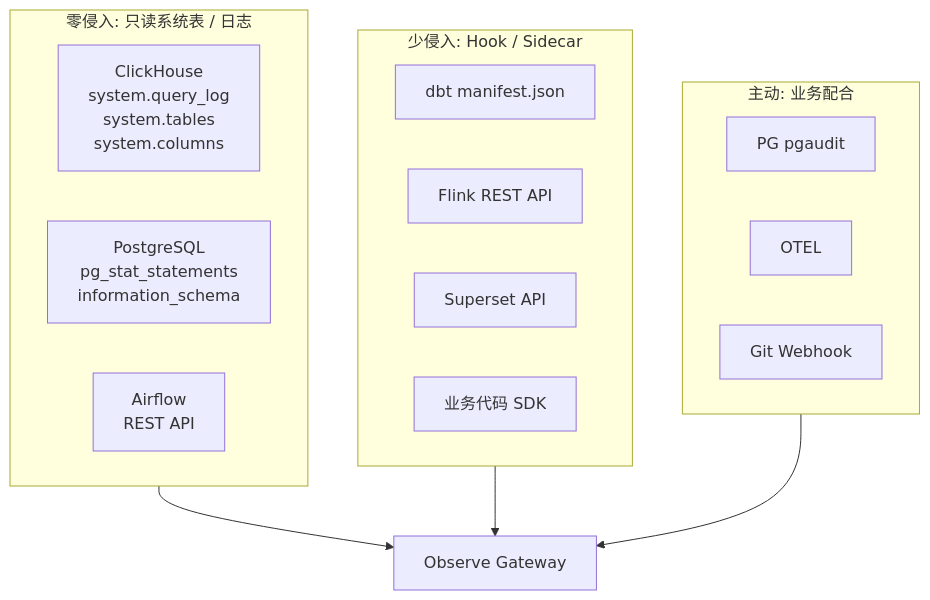
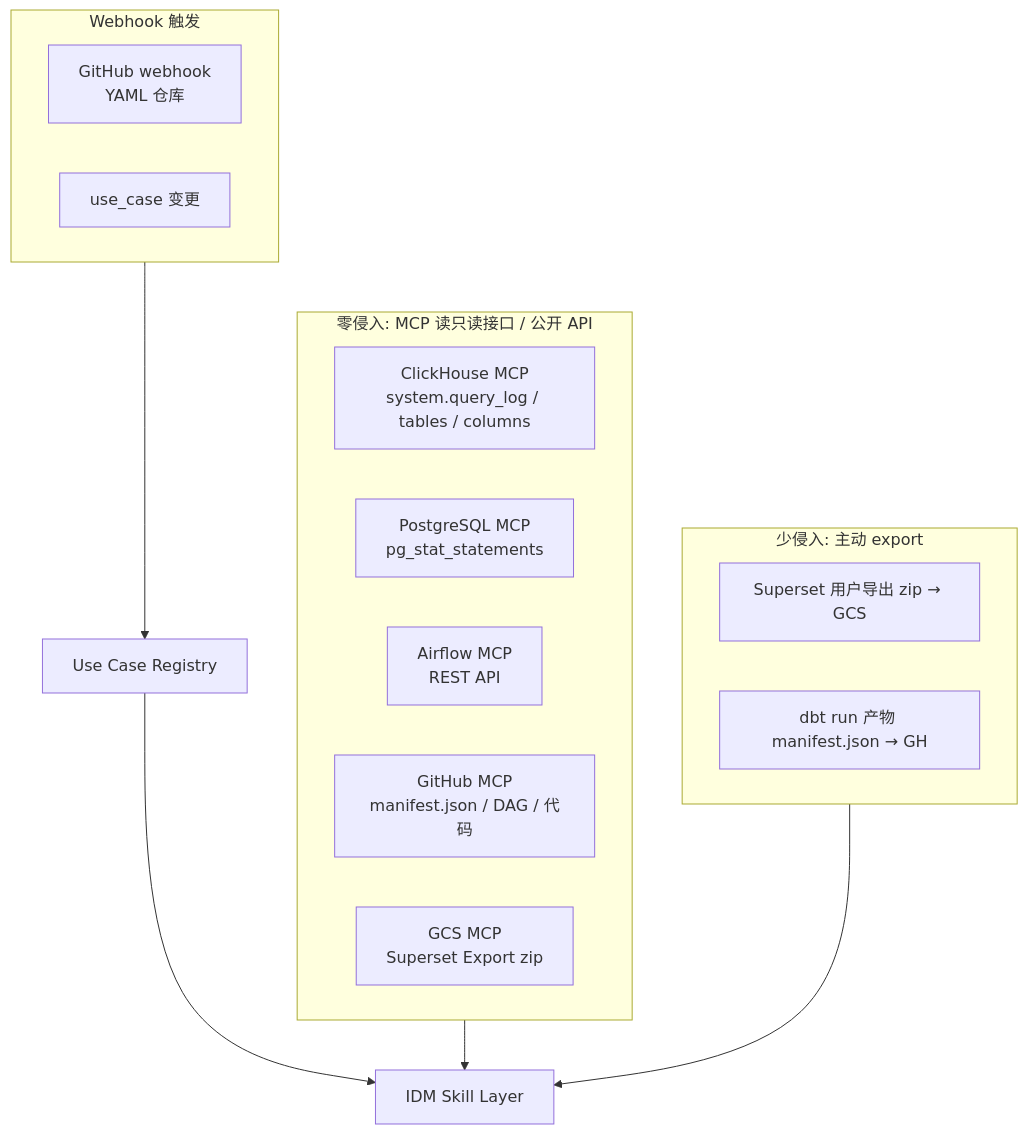
The sixth of 10 diagrams in docs/design/ai-driven-design.md (gavenlv/idm), drawn with Mermaid before and after one commit. The commit also changed other lines of this file and 92 other files, not shown here.

Commit message:
M1 S1.1: foundation scaffolding (monorepo + idm-api + idm-kg + alembic + web)

````diff
--- a/docs/design/ai-driven-design.md
+++ b/docs/design/ai-driven-design.md
@@ -222,22 +248,22 @@
 ```mermaid
 flowchart TB
-    subgraph A[零侵入: 只读系统表 / 日志]
-        A1[ClickHouse<br/>system.query_log<br/>system.tables<br/>system.columns]
-        A2[PostgreSQL<br/>pg_stat_statements<br/>information_schema]
-        A3[Airflow<br/>REST API]
+    subgraph A[零侵入: MCP 读只读接口 / 公开 API]
+        A1[ClickHouse MCP<br/>system.query_log / tables / columns]
+        A2[PostgreSQL MCP<br/>pg_stat_statements]
+        A3[Airflow MCP<br/>REST API]
+        A4[GitHub MCP<br/>manifest.json / DAG / 代码]
+        A5[GCS MCP<br/>Superset Export zip]
     end
-    subgraph B[少侵入: Hook / Sidecar]
-        B1[dbt manifest.json]
-        B2[Flink REST API]
-        B3[Superset API]
-        B4[业务代码 SDK]
+    subgraph B[少侵入: 主动 export]
+        B1[Superset 用户导出 zip → GCS]
+        B2[dbt run 产物 manifest.json → GH]
     end
-    subgraph C[主动: 业务配合]
-        C1[PG pgaudit]
-        C2[OTEL]
-        C3[Git Webhook]
+    subgraph C[Webhook 触发]
+        C1[GitHub webhook<br/>YAML 仓库]
+        C2[use_case 变更]
     end
-    A --> OBS[Observe Gateway]
-    B --> OBS
-    C --> OBS
+    A --> SK[IDM Skill Layer]
+    B --> SK
+    C --> UC[Use Case Registry]
+    UC --> SK
 ```
````
